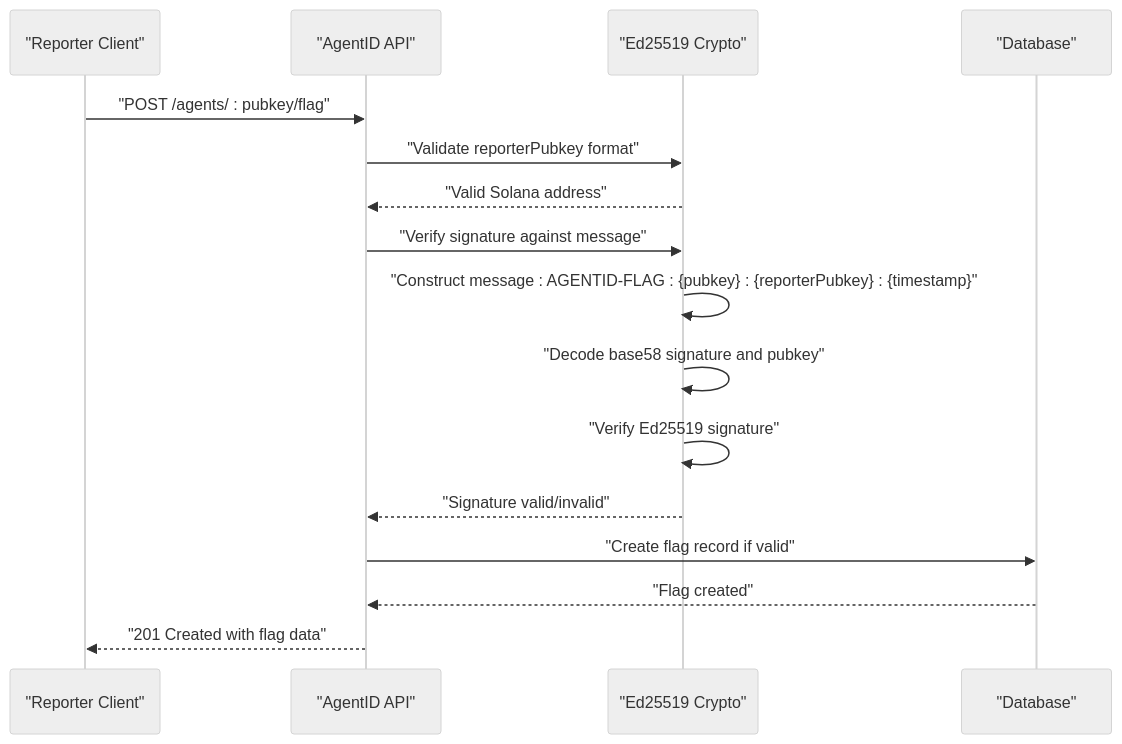
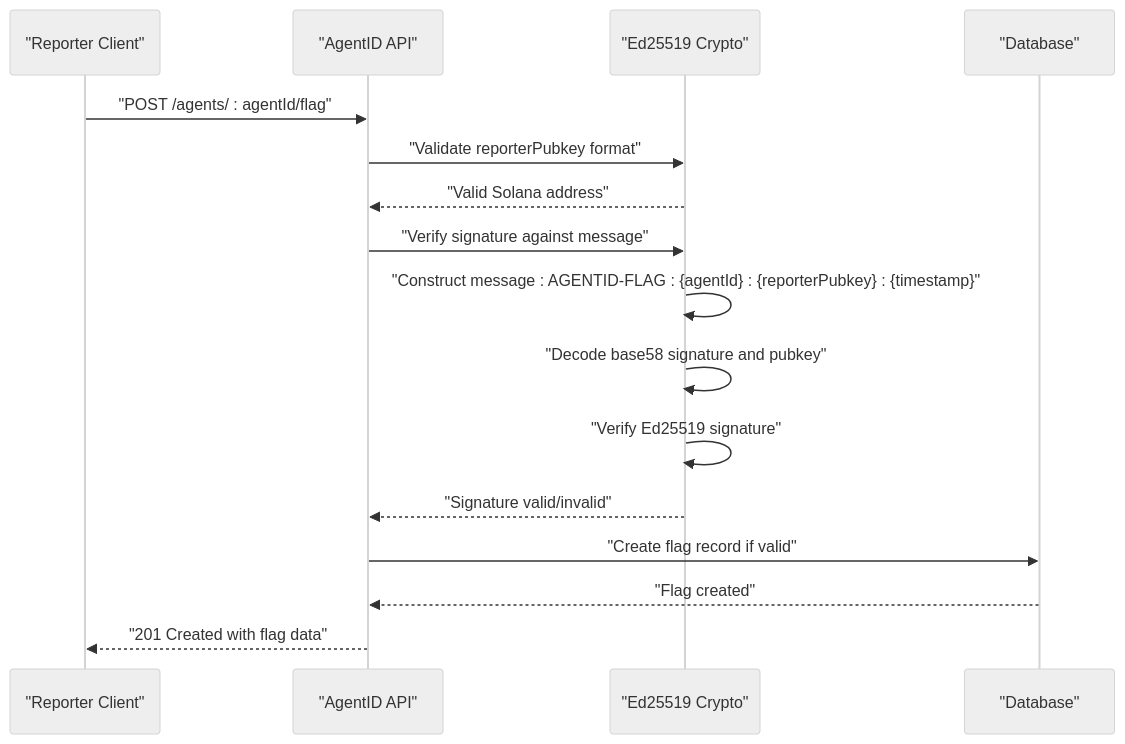
Before and after one commit to RunTimeAdmin/AgentID: the fifth of 5 diagrams in .qoder/repowiki/en/content/Backend API Reference/Backend API Reference.md, drawn with Mermaid (neutral theme). The commit also changed other lines of this file and 31 other files, not shown here.

````diff
--- a/.qoder/repowiki/en/content/Backend API Reference/Backend API Reference.md
+++ b/.qoder/repowiki/en/content/Backend API Reference/Backend API Reference.md
@@ -667,18 +671,18 @@
 ```mermaid
 sequenceDiagram
 participant Reporter as "Reporter Client"
 participant API as "AgentID API"
 participant Crypto as "Ed25519 Crypto"
 participant DB as "Database"
-Reporter->>API : "POST /agents/ : pubkey/flag"
+Reporter->>API : "POST /agents/ : agentId/flag"
 API->>Crypto : "Validate reporterPubkey format"
 Crypto-->>API : "Valid Solana address"
 API->>Crypto : "Verify signature against message"
-Crypto->>Crypto : "Construct message : AGENTID-FLAG : {pubkey} : {reporterPubkey} : {timestamp}"
+Crypto->>Crypto : "Construct message : AGENTID-FLAG : {agentId} : {reporterPubkey} : {timestamp}"
 Crypto->>Crypto : "Decode base58 signature and pubkey"
 Crypto->>Crypto : "Verify Ed25519 signature"
 Crypto-->>API : "Signature valid/invalid"
 API->>DB : "Create flag record if valid"
 DB-->>API : "Flag created"
 API-->>Reporter : "201 Created with flag data"
 ```
````
